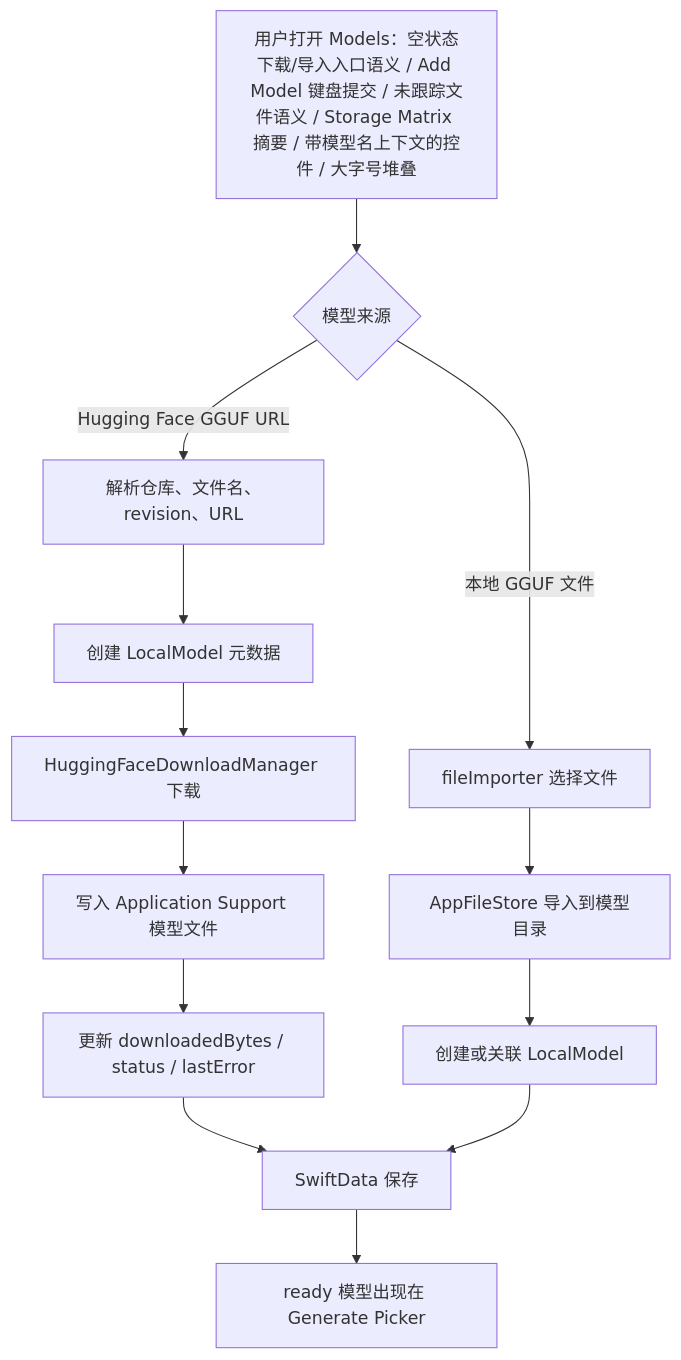
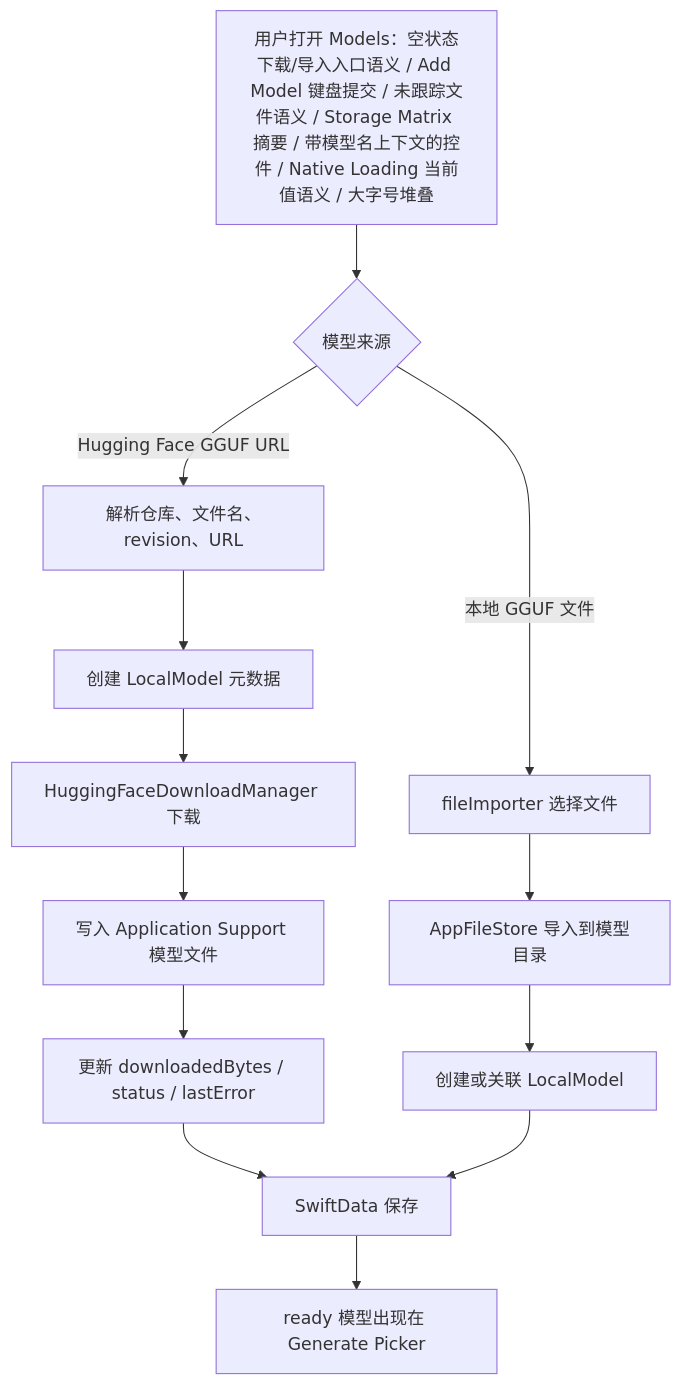
Before and after one commit to Altman-sam114/118: the third of 7 diagrams in md/flow/flowchart.md, drawn with Mermaid. The commit also changed other lines of this file and 5 other files, not shown here.

First line of the commit message:
v1.89: Models native loading picker semantics

````diff
--- a/md/flow/flowchart.md
+++ b/md/flow/flowchart.md
@@ -66,15 +66,15 @@
 ```mermaid
 flowchart TD
-  A["用户打开 Models：空状态下载/导入入口语义 / Add Model 键盘提交 / 未跟踪文件语义 / Storage Matrix 摘要 / 带模型名上下文的控件 / 大字号堆叠"] --> B{"模型来源"}
+  A["用户打开 Models：空状态下载/导入入口语义 / Add Model 键盘提交 / 未跟踪文件语义 / Storage Matrix 摘要 / 带模型名上下文的控件 / Native Loading 当前值语义 / 大字号堆叠"] --> B{"模型来源"}
   B -- "Hugging Face GGUF URL" --> C["解析仓库、文件名、revision、URL"]
   C --> D["创建 LocalModel 元数据"]
   D --> E["HuggingFaceDownloadManager 下载"]
   E --> F["写入 Application Support 模型文件"]
   F --> G["更新 downloadedBytes / status / lastError"]
   B -- "本地 GGUF 文件" --> H["fileImporter 选择文件"]
   H --> I["AppFileStore 导入到模型目录"]
   I --> J["创建或关联 LocalModel"]
   G --> K["SwiftData 保存"]
   J --> K
   K --> L["ready 模型出现在 Generate Picker"]
 ```
````
